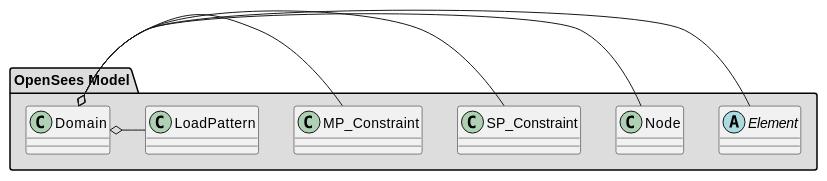
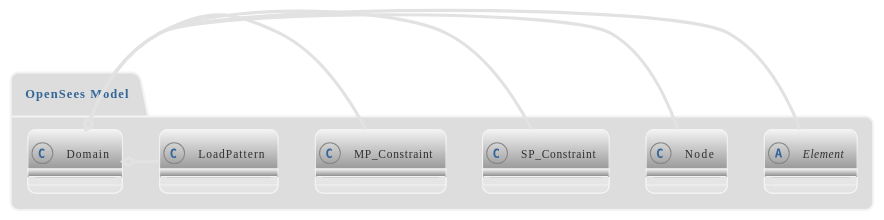
One commit to STAIRlab/sees changed the diagram in docs/developer/architecture/class_interface/domain/index.md. Above: the diagram before and after it, drawn with PlantUML. The commit also changed other lines of this file and 37 other files, not shown here.

````diff
--- a/docs/developer/architecture/class_interface/domain/index.md
+++ b/docs/developer/architecture/class_interface/domain/index.md
@@ -21,10 +3,13 @@
 ```plantuml
+!theme lightgray
 package "OpenSees Model" #DDDDDD {
-abstract class Element 
+abstract class Element [[./element/Element]]
+class Domain [[./Domain]]
+
 Domain o- Element 
 Domain o- Node 
 Domain o- SP_Constraint 
 Domain o- MP_Constraint 
 Domain o- LoadPattern
 }
 ```
````
